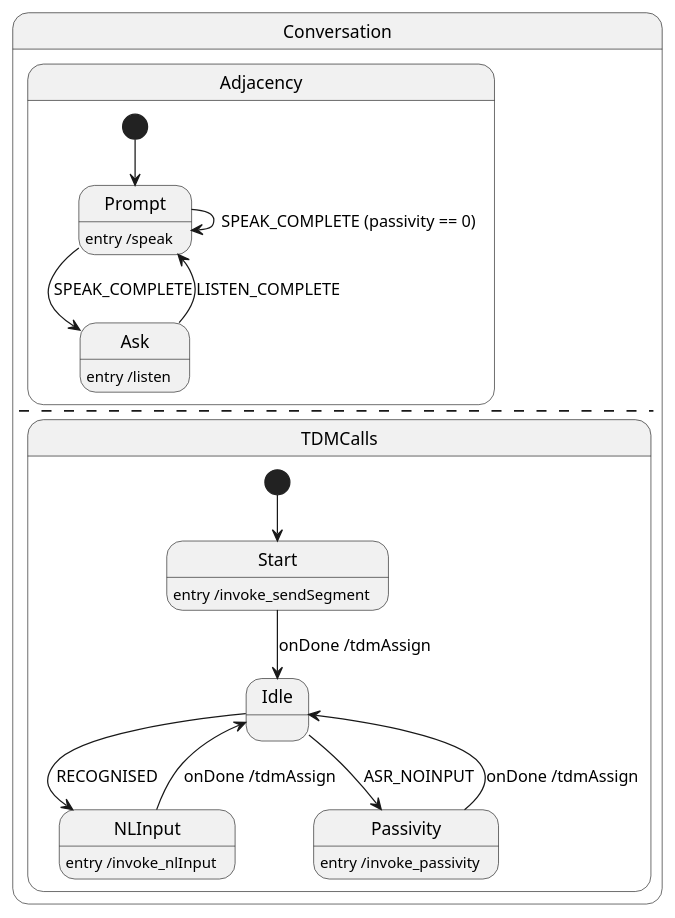
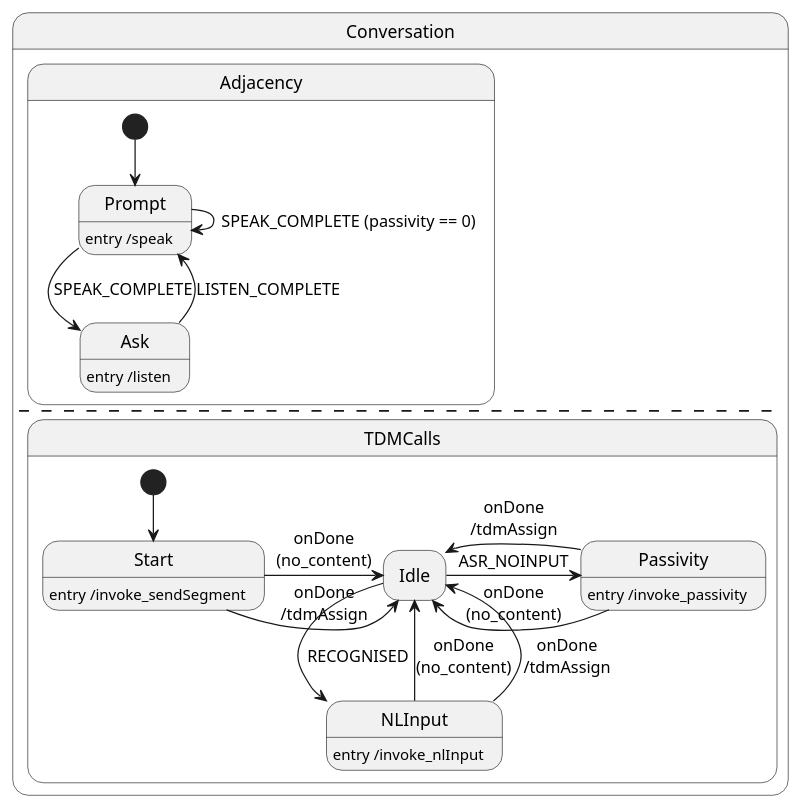
One commit to Talkamatic/tala-speech changed the second of 2 diagrams in README.org. Above: the diagram before and after it, drawn with PlantUML. The commit also changed 1 other file, not shown here.

Commit message:
add diagram

```diff
--- a/README.org
+++ b/README.org
@@ -76,25 +76,29 @@
 #+begin_src plantuml :results output replace :file docs/diagrams/conversation.svg :exports results
+  hide empty description
   skinparam defaultFontName Helvetica
   state Conversation {
      state Adjacency {
        [*] --> Prompt
        Prompt: entry /speak
        Ask: entry /listen
        Prompt --> Ask: SPEAK_COMPLETE
        Prompt --> Prompt: SPEAK_COMPLETE (passivity == 0)
        Ask --> Prompt: LISTEN_COMPLETE
      }
      --
      state TDMCalls {
         [*] --> Start
         Start: entry /invoke_sendSegment
-        Start --> Idle: onDone /tdmAssign
+        Start -> Idle: onDone\n(no_content)
+        Start -> Idle: onDone\n/tdmAssign
         Idle --> NLInput: RECOGNISED
-        Idle --> Passivity: ASR_NOINPUT
+        Idle -> Passivity: ASR_NOINPUT
         NLInput: entry /invoke_nlInput
-        NLInput --> Idle: onDone /tdmAssign
+        NLInput -> Idle: onDone\n(no_content)
+        NLInput -> Idle: onDone\n/tdmAssign
         Passivity: entry /invoke_passivity
-        Passivity --> Idle: onDone /tdmAssign
+        Passivity -> Idle: onDone\n(no_content)
+        Passivity -> Idle: onDone\n/tdmAssign
      }
   }
 #+end_src
```
